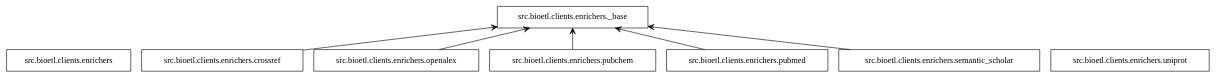
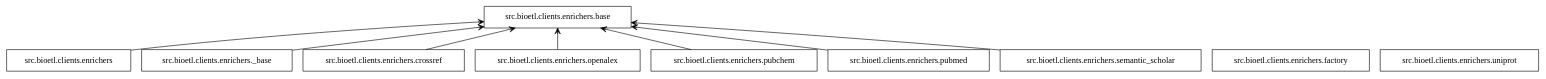
One commit to SatoryKono/bioactivity_data_acquisition changed the diagram in diagrams/dot/enrichers/bioetl_clients_enrichers.packages.clean.dot. Above: the diagram before and after it, drawn with Graphviz. The commit also changed 53 other files, not shown here.

```diff
--- a/diagrams/dot/enrichers/bioetl_clients_enrichers.packages.clean.dot
+++ b/diagrams/dot/enrichers/bioetl_clients_enrichers.packages.clean.dot
@@ -1,17 +1,21 @@
 digraph "packages_bioetl_clients_enrichers" {
 rankdir=BT
 charset="utf-8"
 "src.bioetl.clients.enrichers" [color="black", label=<src.bioetl.clients.enrichers>, shape="box", style="solid"];
 "src.bioetl.clients.enrichers._base" [color="black", label=<src.bioetl.clients.enrichers._base>, shape="box", style="solid"];
+"src.bioetl.clients.enrichers.base" [color="black", label=<src.bioetl.clients.enrichers.base>, shape="box", style="solid"];
 "src.bioetl.clients.enrichers.crossref" [color="black", label=<src.bioetl.clients.enrichers.crossref>, shape="box", style="solid"];
+"src.bioetl.clients.enrichers.factory" [color="black", label=<src.bioetl.clients.enrichers.factory>, shape="box", style="solid"];
 "src.bioetl.clients.enrichers.openalex" [color="black", label=<src.bioetl.clients.enrichers.openalex>, shape="box", style="solid"];
 "src.bioetl.clients.enrichers.pubchem" [color="black", label=<src.bioetl.clients.enrichers.pubchem>, shape="box", style="solid"];
 "src.bioetl.clients.enrichers.pubmed" [color="black", label=<src.bioetl.clients.enrichers.pubmed>, shape="box", style="solid"];
 "src.bioetl.clients.enrichers.semantic_scholar" [color="black", label=<src.bioetl.clients.enrichers.semantic_scholar>, shape="box", style="solid"];
 "src.bioetl.clients.enrichers.uniprot" [color="black", label=<src.bioetl.clients.enrichers.uniprot>, shape="box", style="solid"];
-"src.bioetl.clients.enrichers.crossref" -> "src.bioetl.clients.enrichers._base" [arrowhead="open", arrowtail="none"];
-"src.bioetl.clients.enrichers.openalex" -> "src.bioetl.clients.enrichers._base" [arrowhead="open", arrowtail="none"];
-"src.bioetl.clients.enrichers.pubchem" -> "src.bioetl.clients.enrichers._base" [arrowhead="open", arrowtail="none"];
-"src.bioetl.clients.enrichers.pubmed" -> "src.bioetl.clients.enrichers._base" [arrowhead="open", arrowtail="none"];
-"src.bioetl.clients.enrichers.semantic_scholar" -> "src.bioetl.clients.enrichers._base" [arrowhead="open", arrowtail="none"];
+"src.bioetl.clients.enrichers" -> "src.bioetl.clients.enrichers.base" [arrowhead="open", arrowtail="none"];
+"src.bioetl.clients.enrichers._base" -> "src.bioetl.clients.enrichers.base" [arrowhead="open", arrowtail="none"];
+"src.bioetl.clients.enrichers.crossref" -> "src.bioetl.clients.enrichers.base" [arrowhead="open", arrowtail="none"];
+"src.bioetl.clients.enrichers.openalex" -> "src.bioetl.clients.enrichers.base" [arrowhead="open", arrowtail="none"];
+"src.bioetl.clients.enrichers.pubchem" -> "src.bioetl.clients.enrichers.base" [arrowhead="open", arrowtail="none"];
+"src.bioetl.clients.enrichers.pubmed" -> "src.bioetl.clients.enrichers.base" [arrowhead="open", arrowtail="none"];
+"src.bioetl.clients.enrichers.semantic_scholar" -> "src.bioetl.clients.enrichers.base" [arrowhead="open", arrowtail="none"];
 }
```
